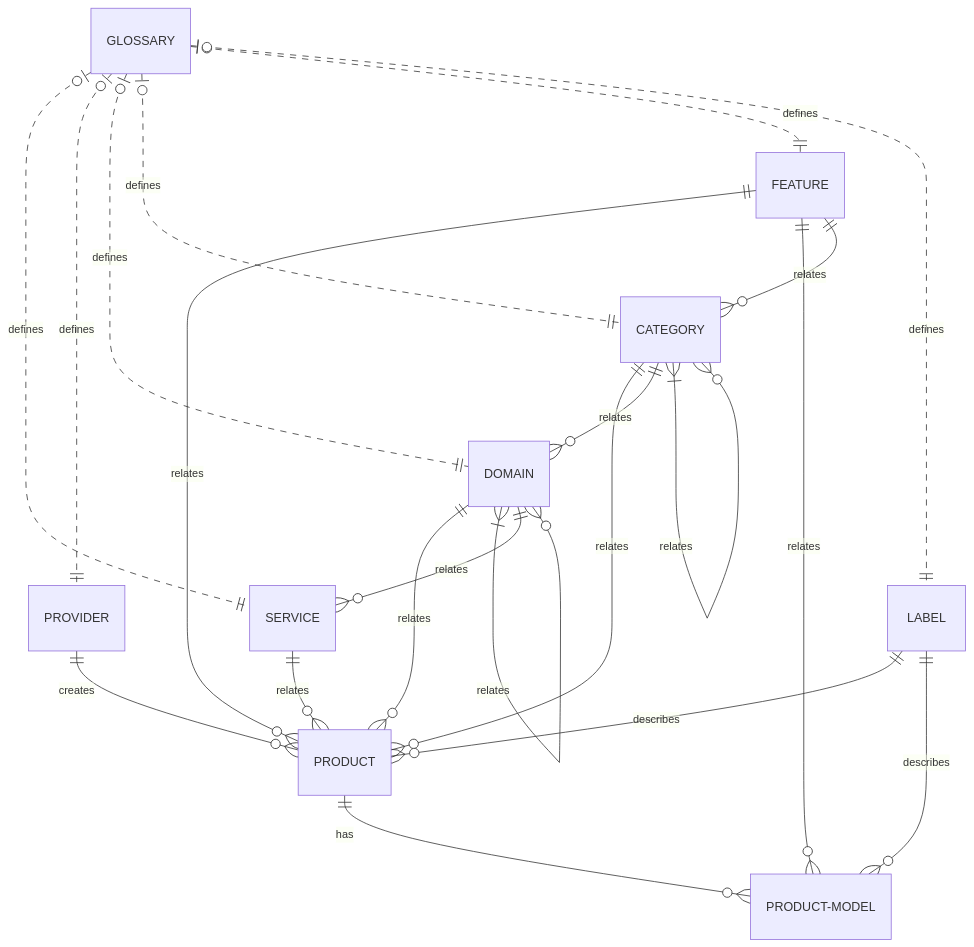
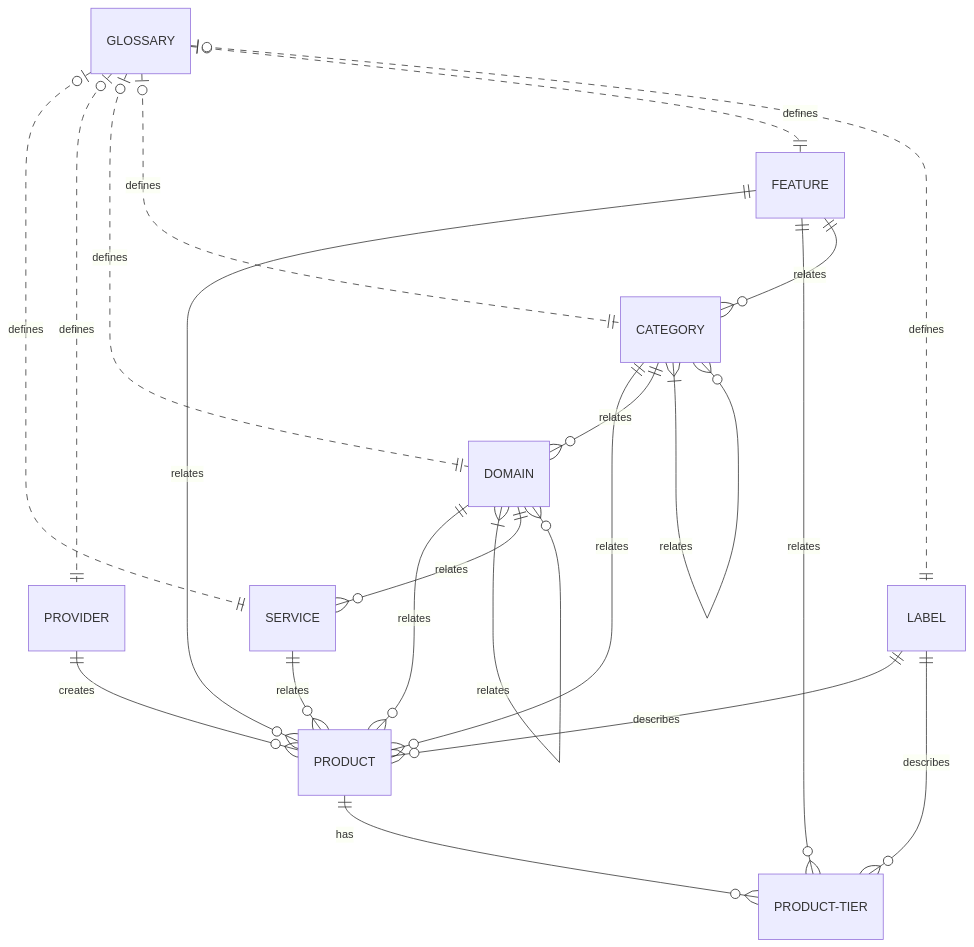
Before and after one commit to lexical-cloud/lexical-cloud-docs: the second of 4 diagrams in en/pages/data-model.md, drawn with Mermaid. The commit also changed other lines of this file and 23 other files, not shown here.

````diff
--- a/en/pages/data-model.md
+++ b/en/pages/data-model.md
@@ -117,23 +141,23 @@
 ```mermaid
 erDiagram
-    PRODUCT ||--o{ PRODUCT-MODEL : has
+    PRODUCT ||--o{ PRODUCT-TIER : has
     GLOSSARY |o..|| SERVICE : defines
     GLOSSARY |o..|| PROVIDER : defines
     GLOSSARY |o..|| DOMAIN : defines
     GLOSSARY |o..|| CATEGORY : defines
     GLOSSARY |o..|| FEATURE : defines
     GLOSSARY |o..|| LABEL : defines
     SERVICE ||--o{ PRODUCT : relates
     PROVIDER ||--o{ PRODUCT : creates
     DOMAIN ||--o{ PRODUCT : relates
     CATEGORY ||--o{ PRODUCT : relates
     FEATURE ||--o{ PRODUCT : relates
-    FEATURE ||--o{ PRODUCT-MODEL : relates
+    FEATURE ||--o{ PRODUCT-TIER : relates
     LABEL ||--o{ PRODUCT : describes
-    LABEL ||--o{ PRODUCT-MODEL : describes
+    LABEL ||--o{ PRODUCT-TIER : describes
     DOMAIN }|--o{ DOMAIN : relates
     DOMAIN ||--o{ SERVICE : relates
     CATEGORY ||--o{ DOMAIN : relates
     CATEGORY }|--o{ CATEGORY: relates
     FEATURE ||--o{ CATEGORY : relates
 ```
````
